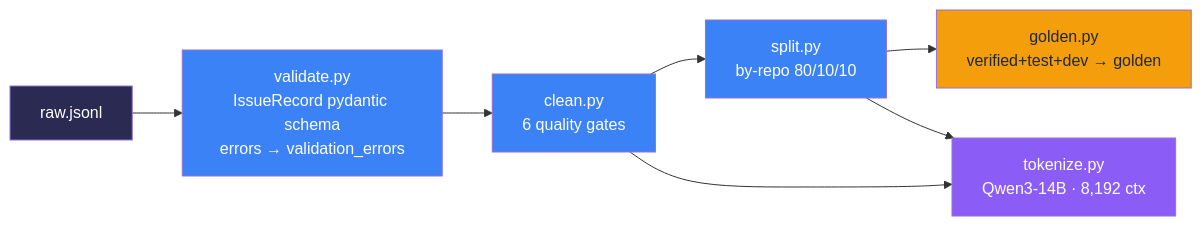
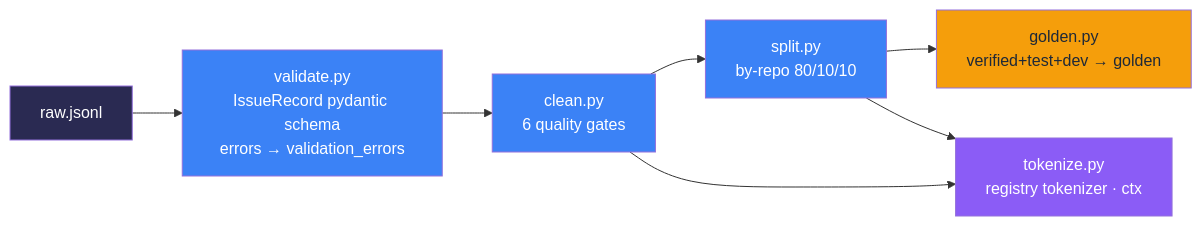
Before and after one commit to AhmedIkram05/SWE-Qwen: the first of 4 diagrams in docs/deep-dives.md, drawn with Mermaid. The commit also changed other lines of this file, not shown here.

First line of the commit message:
feat: Update deep dive documentation for model registry and tokenization

````diff
--- a/docs/deep-dives.md
+++ b/docs/deep-dives.md
@@ -31,15 +53,15 @@
 ```mermaid
 flowchart LR
     A["raw.jsonl"] --> B["validate.py<br/>IssueRecord pydantic schema<br/>errors → validation_errors"]
     B --> C["clean.py<br/>6 quality gates"]
     C --> D["split.py<br/>by-repo 80/10/10"]
     D --> E["golden.py<br/>verified+test+dev → golden"]
-    C --> F["tokenize.py<br/>Qwen3-14B · 8,192 ctx"]
+    C --> F["tokenize.py<br/>registry tokenizer · ctx"]
     D --> F
     style A fill:#2a2a52,color:#fff
     style B fill:#3b82f6,color:#fff
     style C fill:#3b82f6,color:#fff
     style D fill:#3b82f6,color:#fff
     style E fill:#f59e0b,color:#1f2937
     style F fill:#8b5cf6,color:#fff
 ```
````
